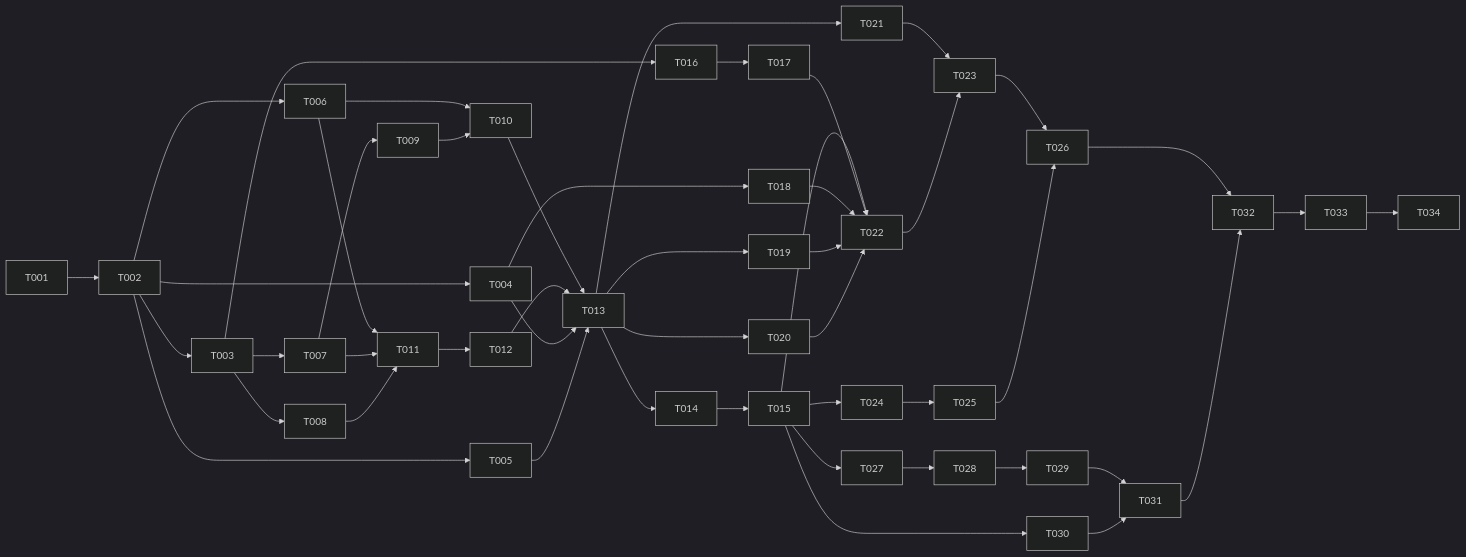
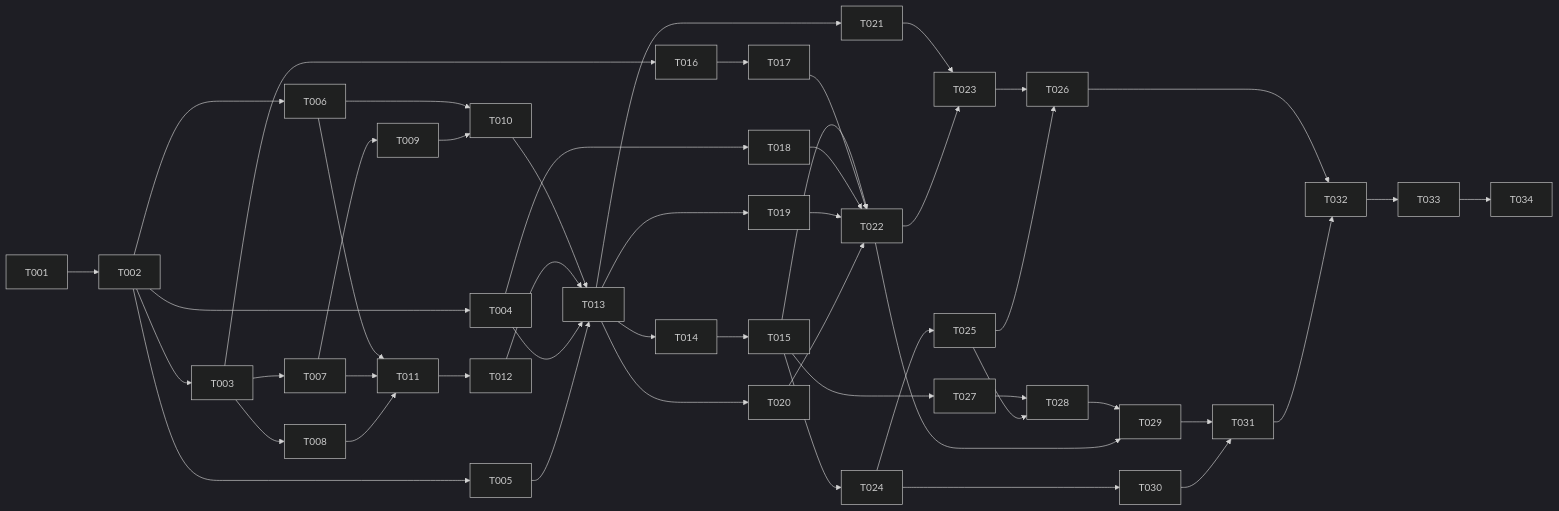
The diagram in specs/001-nucleo-batalha/tasks.md (SteveNasch/JogoED), drawn with Mermaid (dark theme) before and after one commit. The commit also changed other lines of this file, not shown here.

````diff
--- a/specs/001-nucleo-batalha/tasks.md
+++ b/specs/001-nucleo-batalha/tasks.md
@@ -220,21 +222,23 @@
 ```mermaid
 flowchart LR
     T001 --> T002
     T002 --> T003 & T004 & T005 & T006
     T003 --> T007 & T008 & T016
     T007 --> T009
     T006 & T009 --> T010
     T006 & T007 & T008 --> T011 --> T012
     T010 & T012 & T004 & T005 --> T013 --> T014 --> T015
     T016 --> T017
     T004 --> T018
     T013 --> T019 & T020 & T021
     T015 & T017 & T018 & T019 & T020 --> T022
     T021 & T022 --> T023
     T015 --> T024 --> T025
     T023 & T025 --> T026
     T015 --> T027 --> T028 --> T029
-    T015 --> T030
+    T025 --> T028
+    T022 --> T029
+    T024 --> T030
     T029 & T030 --> T031
     T026 & T031 --> T032 --> T033 --> T034
 ```
````
